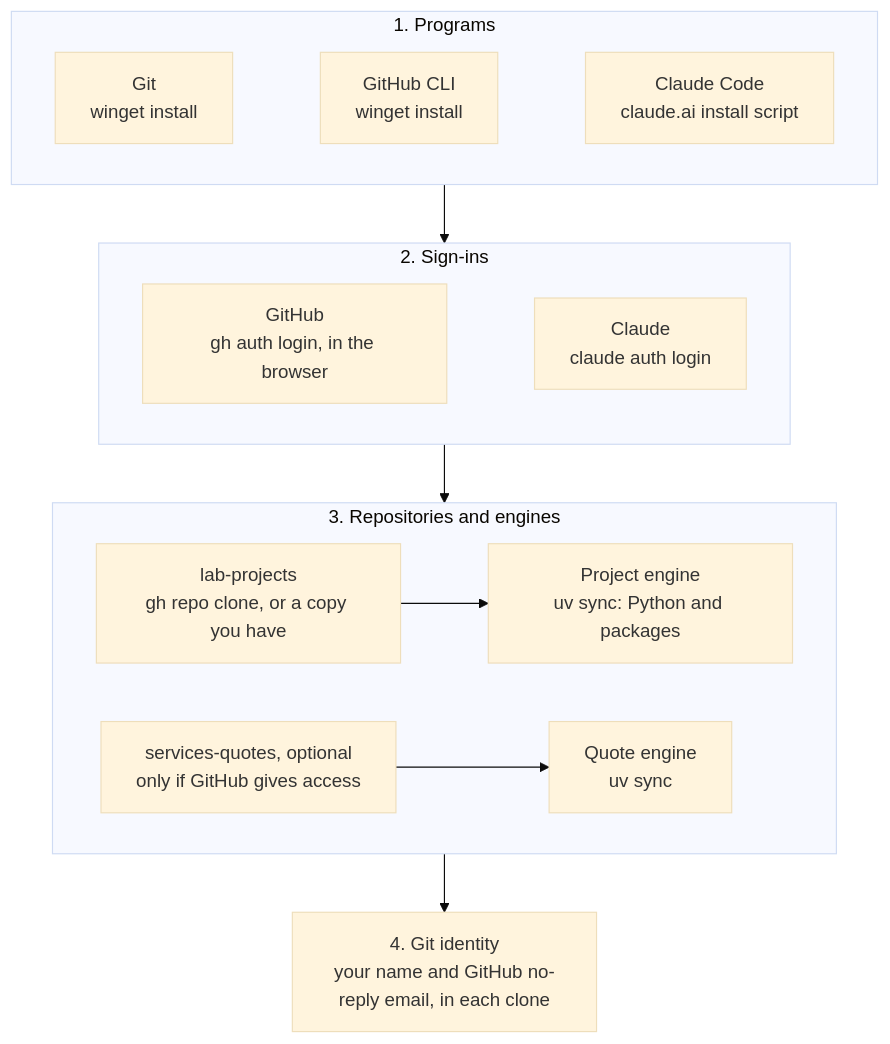
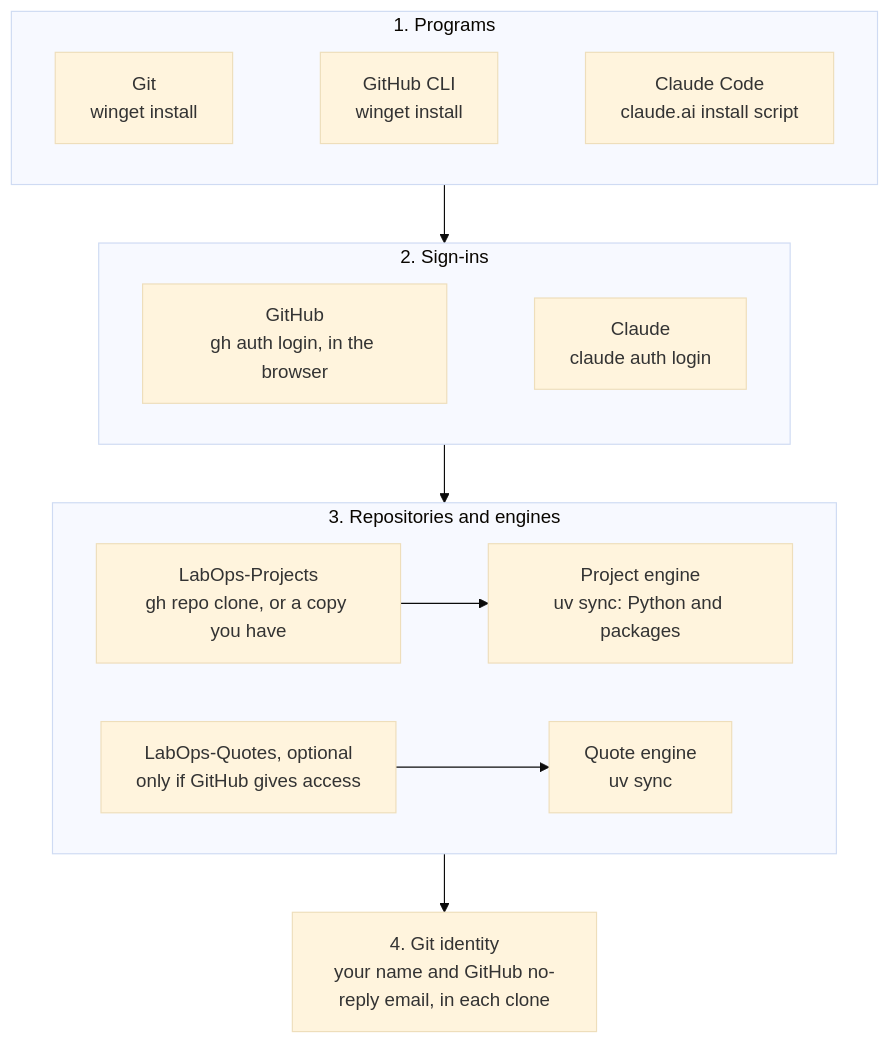
Before and after one commit to uw-maccosslab/LabOps: the seventh of 8 diagrams in docs/flows.md, drawn with Mermaid (base theme). The commit also changed other lines of this file and 16 other files, not shown here.

First line of the commit message:
The repositories are LabOps-Projects and LabOps-Quotes

````diff
--- a/docs/flows.md
+++ b/docs/flows.md
@@ -229,18 +229,18 @@
 ```mermaid
 flowchart TB
     subgraph programs["1. Programs"]
         direction LR
         gitStep["Git<br/>winget install"] ~~~ ghStep["GitHub CLI<br/>winget install"] ~~~ claudeStep["Claude Code<br/>claude.ai install script"]
     end
     subgraph signIns["2. Sign-ins"]
         direction LR
         ghSign["GitHub<br/>gh auth login, in the browser"] ~~~ claudeSign["Claude<br/>claude auth login"]
     end
     subgraph repos["3. Repositories and engines"]
         direction LR
-        lpClone["lab-projects<br/>gh repo clone, or a copy you have"] --> lpEngine["Project engine<br/>uv sync: Python and packages"]
-        sqClone["services-quotes, optional<br/>only if GitHub gives access"] --> sqEngine["Quote engine<br/>uv sync"]
+        lpClone["LabOps-Projects<br/>gh repo clone, or a copy you have"] --> lpEngine["Project engine<br/>uv sync: Python and packages"]
+        sqClone["LabOps-Quotes, optional<br/>only if GitHub gives access"] --> sqEngine["Quote engine<br/>uv sync"]
     end
     identity["4. Git identity<br/>your name and GitHub no-reply email, in each clone"]
     programs --> signIns --> repos --> identity
 ```
````
